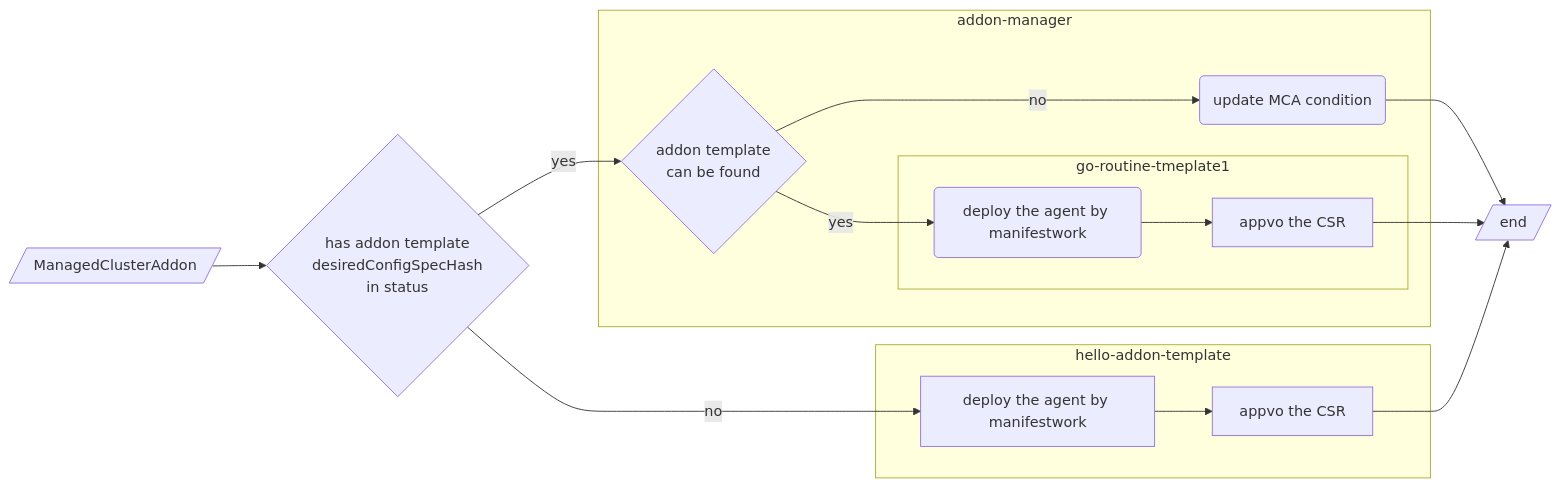
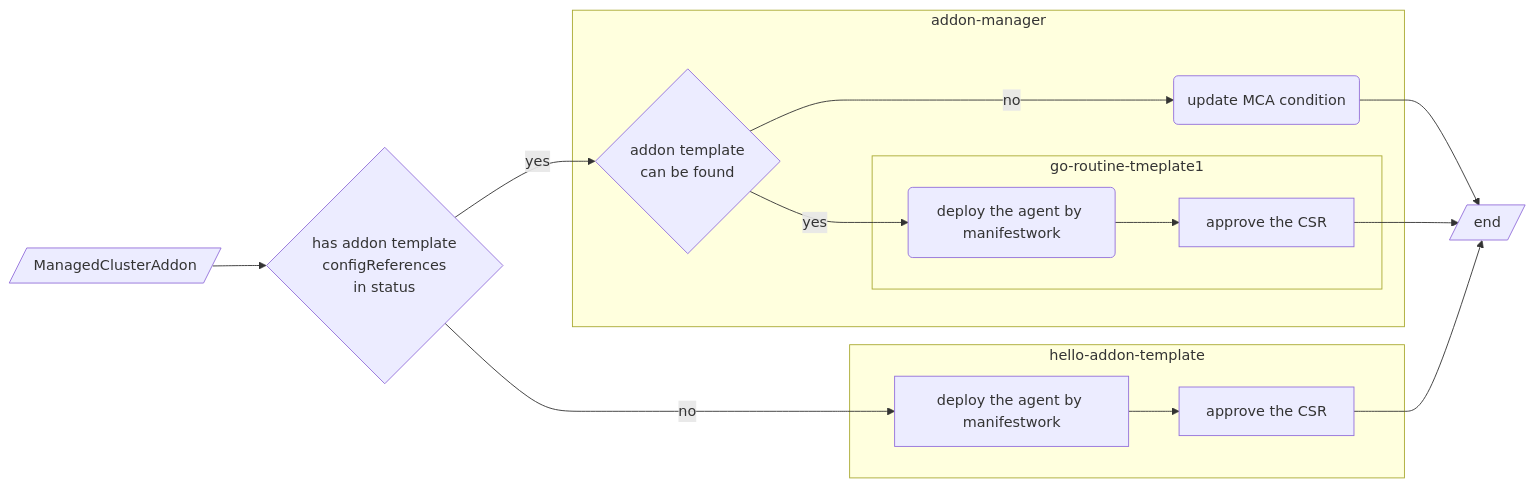
The second of 2 diagrams in enhancements/sig-architecture/82-addon-template/README.md (open-cluster-management-io/enhancements), drawn with Mermaid before and after one commit. The commit also changed other lines of this file and 10 other files, not shown here.

Commit message:
update examplex for addon template

````diff
--- a/enhancements/sig-architecture/82-addon-template/README.md
+++ b/enhancements/sig-architecture/82-addon-template/README.md
@@ -311,20 +359,20 @@
 ```mermaid
 graph LR
-    A[/ManagedClusterAddon/] -->B{has addon template <br> desiredConfigSpecHash <br> in status}
+    A[/ManagedClusterAddon/] -->B{has addon template <br> configReferences <br> in status}
     E[/end/]
     B --> |yes| c1
     B --> |no| d1
     subgraph addon-manager
     c1{addon template <br> can be found} --> |yes| c11
         subgraph go-routine-tmeplate1
-        c11(deploy the agent by manifestwork) --> c12[appvo the CSR]
+        c11(deploy the agent by manifestwork) --> c12[approve the CSR]
         end
     c1 --> |no| c2(update MCA condition)
     end
     c2 --> E
     c12 --> E
     subgraph hello-addon-template
-    d1[deploy the agent by manifestwork] --> d2[appvo the CSR]
+    d1[deploy the agent by manifestwork] --> d2[approve the CSR]
     end
     d2 --> E
 ```
````
